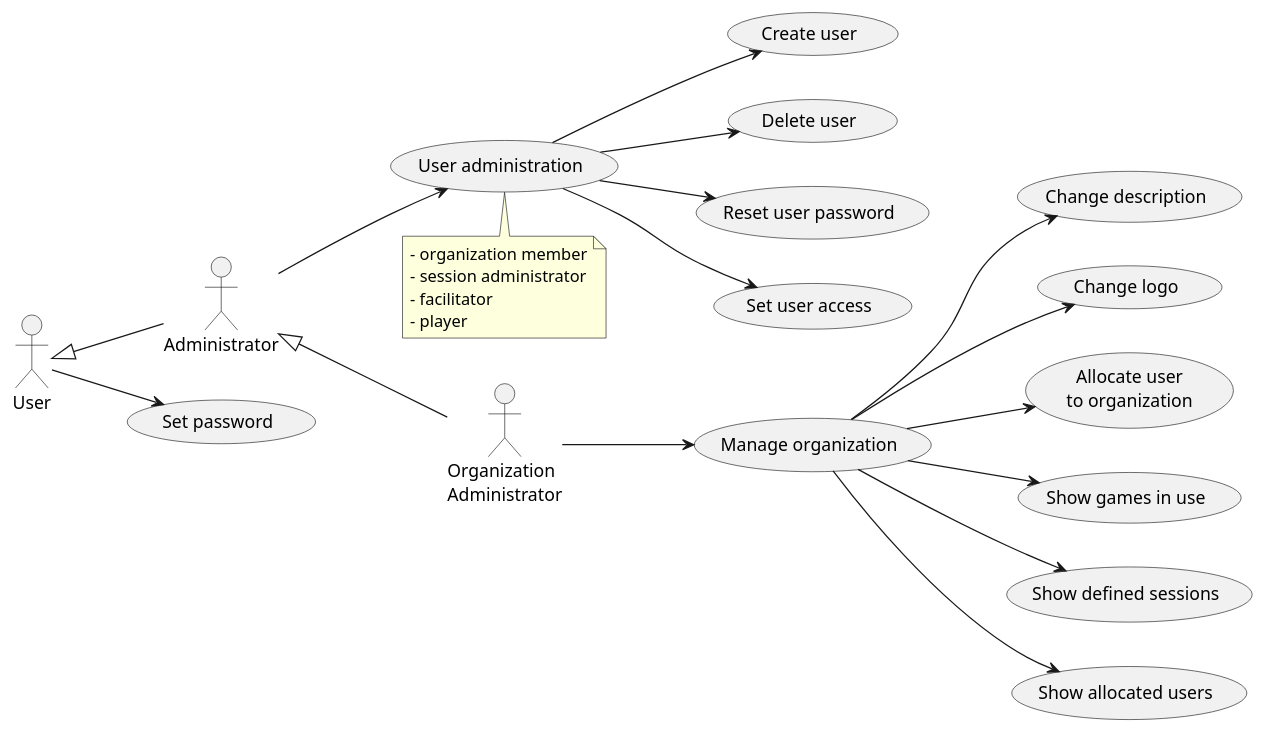
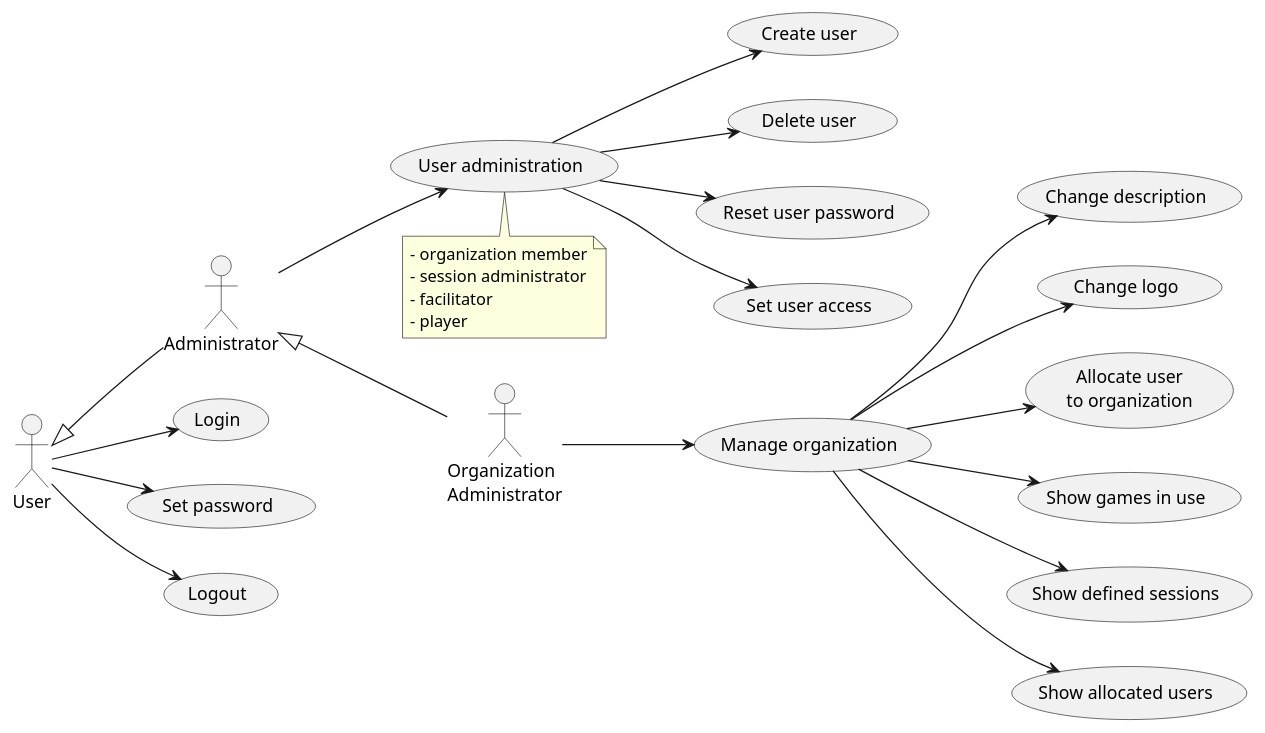
One commit to averbraeck/gscg-design changed the diagram in doc/1-use-cases/diagrams/organization-administration.puml. Above: the diagram before and after it, drawn with PlantUML. The commit also changed 7 other files, not shown here.

Commit message:
Issue #10. Login/logout added

```diff
--- a/doc/1-use-cases/diagrams/organization-administration.puml
+++ b/doc/1-use-cases/diagrams/organization-administration.puml
@@ -1,31 +1,33 @@
 @startuml
 left to right direction
  
 "Organization\nAdministrator" as OA
 User <|-- Administrator
 Administrator <|-- OA
 
+User --> (Login)
 User --> (Set password)
+User --> (Logout)
 
 Administrator --> (User administration)
 note bottom
   - organization member
   - session administrator
   - facilitator
   - player
 end note
 
 (User administration) --> (Create user)
 (User administration) --> (Delete user)
 (User administration) --> (Reset user password)
 (User administration) --> (Set user access)
 
 OA --> (Manage organization)
 (Manage organization) --> (Change description)
 (Manage organization) --> (Change logo)
 (Manage organization) --> (Allocate user\nto organization)
 (Manage organization) --> (Show games in use)
 (Manage organization) --> (Show defined sessions)
 (Manage organization) --> (Show allocated users)
 
 @enduml
```
